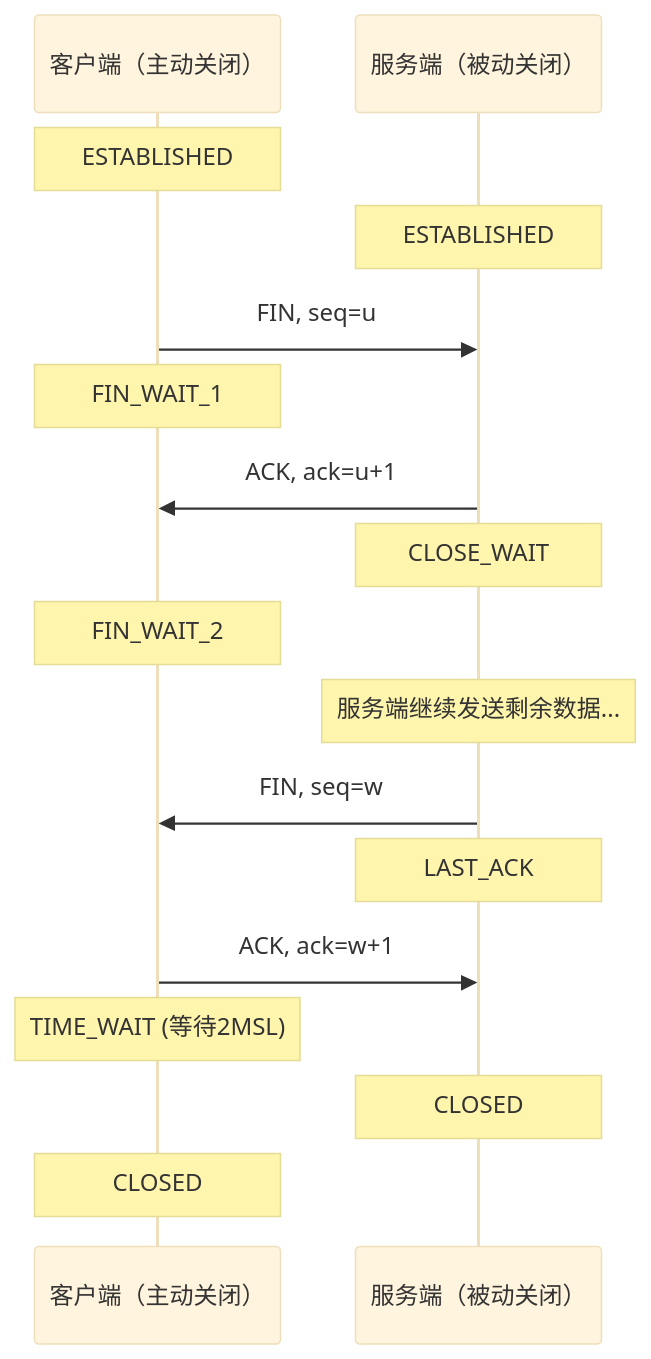
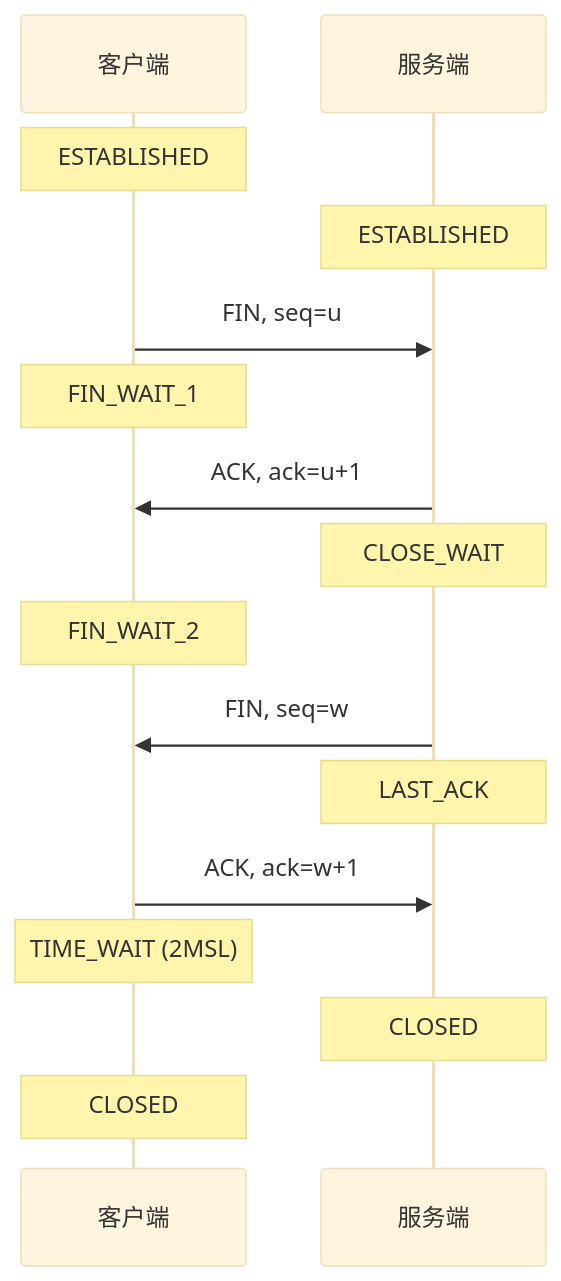
Before and after one commit to laoliu-463/mybook: the diagram in 20-知识库/计算机网络/TCP协议/03-四次挥手.md, drawn with Mermaid (base theme). The commit also changed other lines of this file and 12 other files, not shown here.

````diff
--- a/20-知识库/计算机网络/TCP协议/03-四次挥手.md
+++ b/20-知识库/计算机网络/TCP协议/03-四次挥手.md
@@ -21,26 +40,24 @@
 ```mermaid
 sequenceDiagram
-    participant C as 客户端（主动关闭）
-    participant S as 服务端（被动关闭）
+    participant C as 客户端
+    participant S as 服务端
 
     Note over C: ESTABLISHED
     Note over S: ESTABLISHED
 
     C->>S: FIN, seq=u
     Note over C: FIN_WAIT_1
 
     S->>C: ACK, ack=u+1
     Note over S: CLOSE_WAIT
     Note over C: FIN_WAIT_2
 
-    Note over S: 服务端继续发送剩余数据...
-
     S->>C: FIN, seq=w
     Note over S: LAST_ACK
 
     C->>S: ACK, ack=w+1
-    Note over C: TIME_WAIT (等待2MSL)
+    Note over C: TIME_WAIT (2MSL)
     Note over S: CLOSED
 
     Note over C: CLOSED
 ```
````
